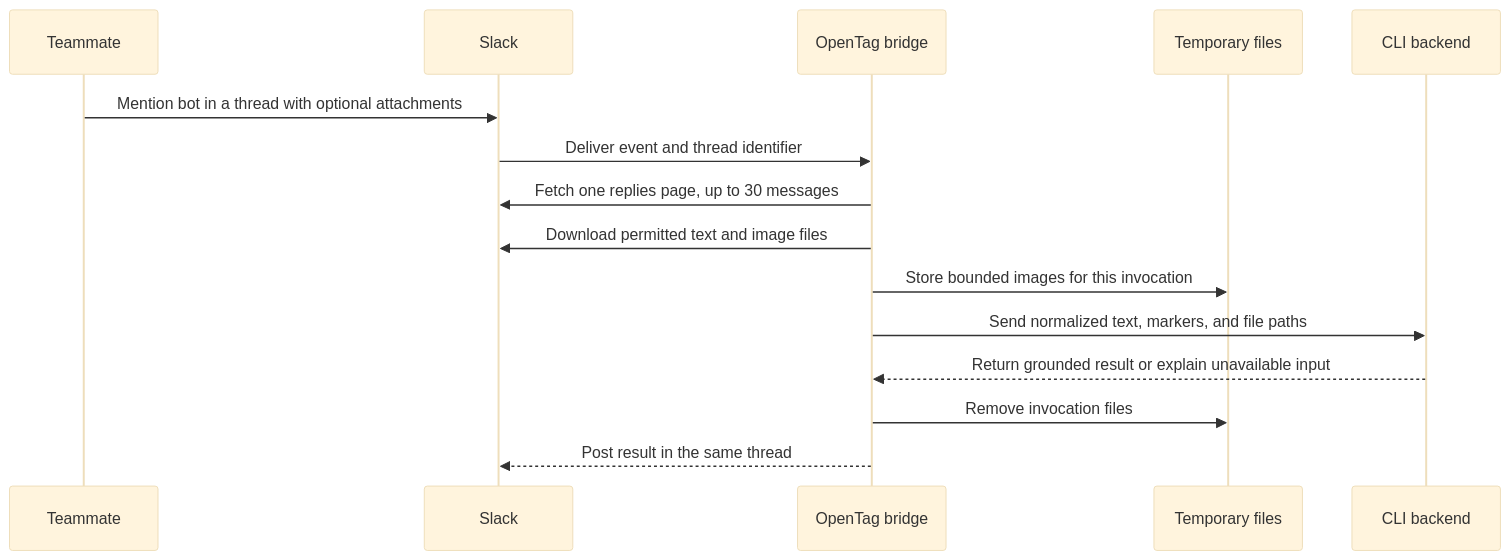
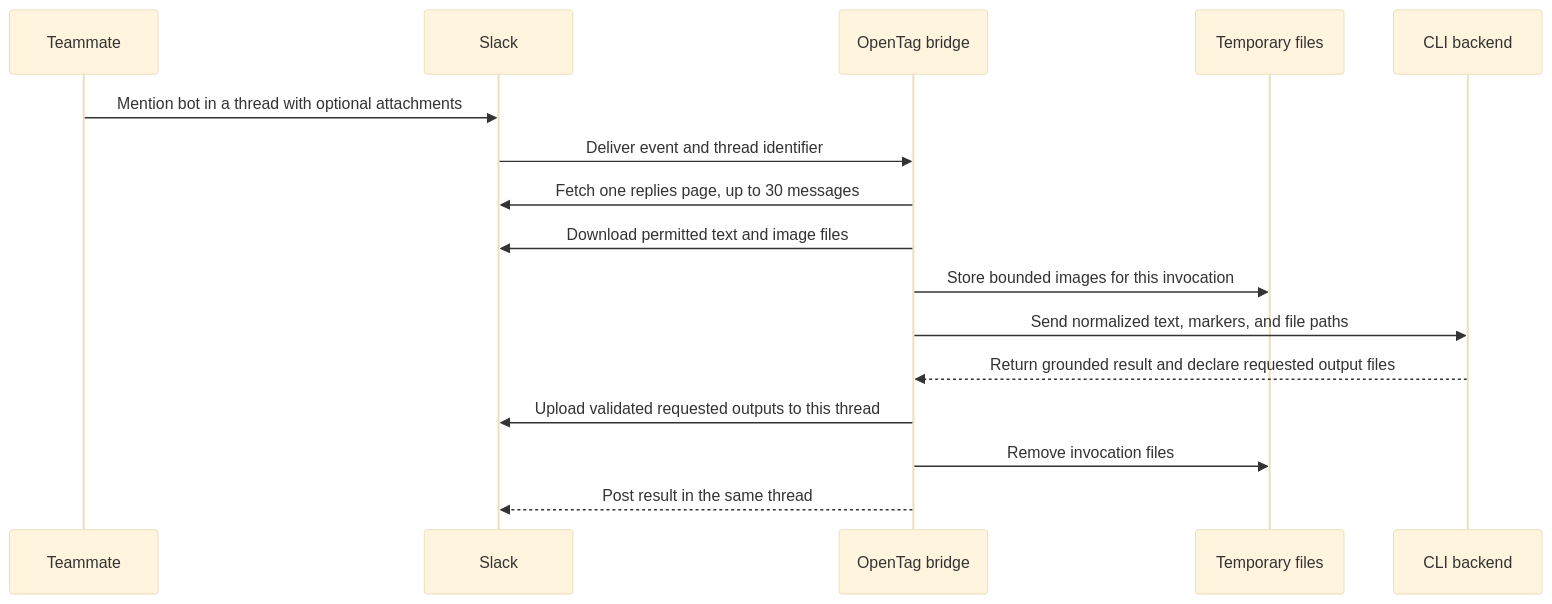
Before and after one commit to klovr-co/hover-tag: the eighth of 18 diagrams in docs/user-flows.md, drawn with Mermaid (base theme). The commit also changed other lines of this file and 11 other files, not shown here.

````diff
--- a/docs/user-flows.md
+++ b/docs/user-flows.md
@@ -312,18 +312,19 @@
 ```mermaid
 sequenceDiagram
     participant U as Teammate
     participant S as Slack
     participant T as OpenTag bridge
     participant F as Temporary files
     participant B as CLI backend
 
     U->>S: Mention bot in a thread with optional attachments
     S->>T: Deliver event and thread identifier
     T->>S: Fetch one replies page, up to 30 messages
     T->>S: Download permitted text and image files
     T->>F: Store bounded images for this invocation
     T->>B: Send normalized text, markers, and file paths
-    B-->>T: Return grounded result or explain unavailable input
+    B-->>T: Return grounded result and declare requested output files
+    T->>S: Upload validated requested outputs to this thread
     T->>F: Remove invocation files
     T-->>S: Post result in the same thread
 ```
````
